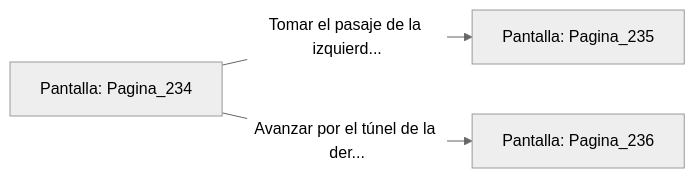
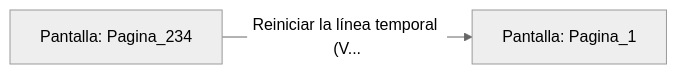
The diagram in sample/eligejuego-vault/Pantalla_Pagina_234.md (metsuke/mpl), drawn with Mermaid (neutral theme) before and after one commit. The commit also changed other lines of this file and 635 other files, not shown here.

First line of the commit message:
fix: añadir Pagina_1 como pantalla inicial en capitulo_01.mpl

````diff
--- a/sample/eligejuego-vault/Pantalla_Pagina_234.md
+++ b/sample/eligejuego-vault/Pantalla_Pagina_234.md
@@ -20,6 +17,5 @@
 ```mermaid
 graph LR
     P_Pagina_234["Pantalla: Pagina_234"]
-    P_Pagina_234 -->|"Tomar el pasaje de la izquierd..."| P_Pagina_235["Pantalla: Pagina_235"]
-    P_Pagina_234 -->|"Avanzar por el túnel de la der..."| P_Pagina_236["Pantalla: Pagina_236"]
+    P_Pagina_234 -->|"Reiniciar la línea temporal (V..."| P_Pagina_1["Pantalla: Pagina_1"]
 ```
````
